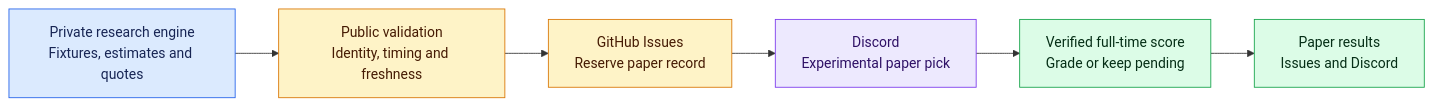
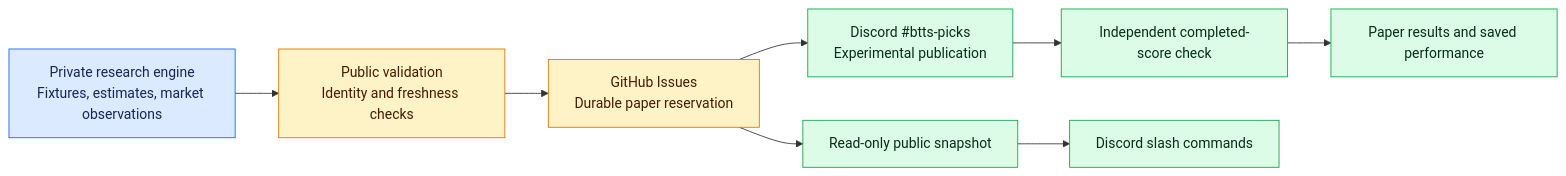
One commit to stelladeecoder/statrally-soccer-automation changed the diagram in README.md. Above: the diagram before and after it, drawn with Mermaid. The commit also changed other lines of this file, not shown here.

Commit message:
docs(readme): reflect deployed Discord beta, Polymarket, milestone evidence and forward roadmap (#55)

````diff
--- a/README.md
+++ b/README.md
@@ -97,17 +66,16 @@
 ```mermaid
 flowchart LR
-    A["Private research engine<br/>Fixtures, estimates and quotes"] --> B["Public validation<br/>Identity, timing and freshness"]
-    B --> C["GitHub Issues<br/>Reserve paper record"]
-    C --> D["Discord<br/>Experimental paper pick"]
-    D --> E["Verified full-time score<br/>Grade or keep pending"]
-    E --> F["Paper results<br/>Issues and Discord"]
-
-    classDef research fill:#dbeafe,stroke:#2563eb,color:#172554
-    classDef checks fill:#fef3c7,stroke:#d97706,color:#451a03
-    classDef delivery fill:#ede9fe,stroke:#7c3aed,color:#2e1065
-    classDef results fill:#dcfce7,stroke:#16a34a,color:#052e16
-    class A research
-    class B,C checks
-    class D delivery
-    class E,F results
+    A["Private research engine<br/>Fixtures, estimates, market observations"] --> B["Public validation<br/>Identity and freshness checks"]
+    B --> C["GitHub Issues<br/>Durable paper reservation"]
+    C --> D["Discord #btts-picks<br/>Experimental publication"]
+    D --> E["Independent completed-score check"]
+    E --> F["Paper results and saved performance"]
+    C --> G["Read-only public snapshot"]
+    G --> H["Discord slash commands"]
+    classDef model fill:#dbeafe,stroke:#2563eb,color:#172554
+    classDef validation fill:#fef3c7,stroke:#d97706,color:#451a03
+    classDef public fill:#dcfce7,stroke:#16a34a,color:#052e16
+    class A model
+    class B,C validation
+    class D,E,F,G,H public
 ```
````
